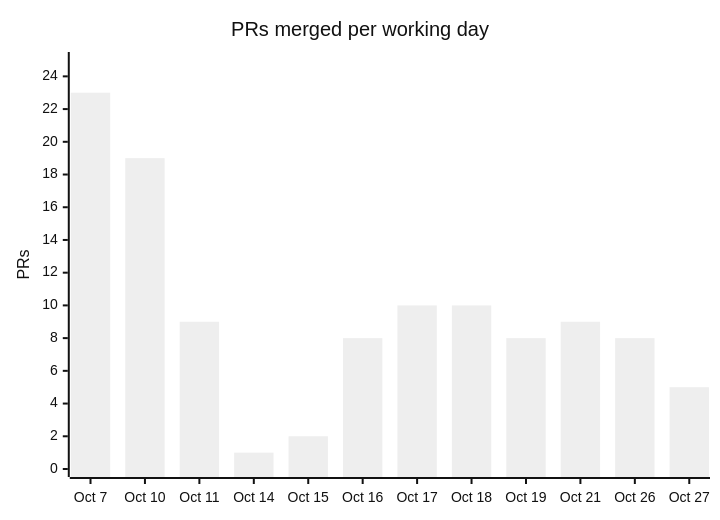
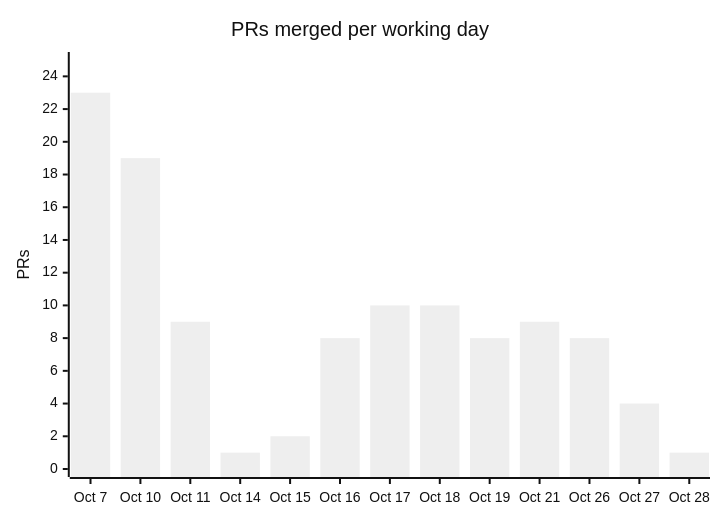
One commit to cmprssd/swjkja changed the fourth of 7 diagrams in docs/OVERVIEW.md. Above: the diagram before and after it, drawn with Mermaid (neutral theme). The commit also changed other lines of this file, not shown here.

````diff
--- a/docs/OVERVIEW.md
+++ b/docs/OVERVIEW.md
@@ -166,7 +166,7 @@
 ```mermaid
 xychart-beta
     title "PRs merged per working day"
-    x-axis ["Oct 7", "Oct 10", "Oct 11", "Oct 14", "Oct 15", "Oct 16", "Oct 17", "Oct 18", "Oct 19", "Oct 21", "Oct 26", "Oct 27"]
+    x-axis ["Oct 7", "Oct 10", "Oct 11", "Oct 14", "Oct 15", "Oct 16", "Oct 17", "Oct 18", "Oct 19", "Oct 21", "Oct 26", "Oct 27", "Oct 28"]
     y-axis "PRs" 0 --> 25
-    bar [23, 19, 9, 1, 2, 8, 10, 10, 8, 9, 8, 5]
+    bar [23, 19, 9, 1, 2, 8, 10, 10, 8, 9, 8, 4, 1]
 ```
````
